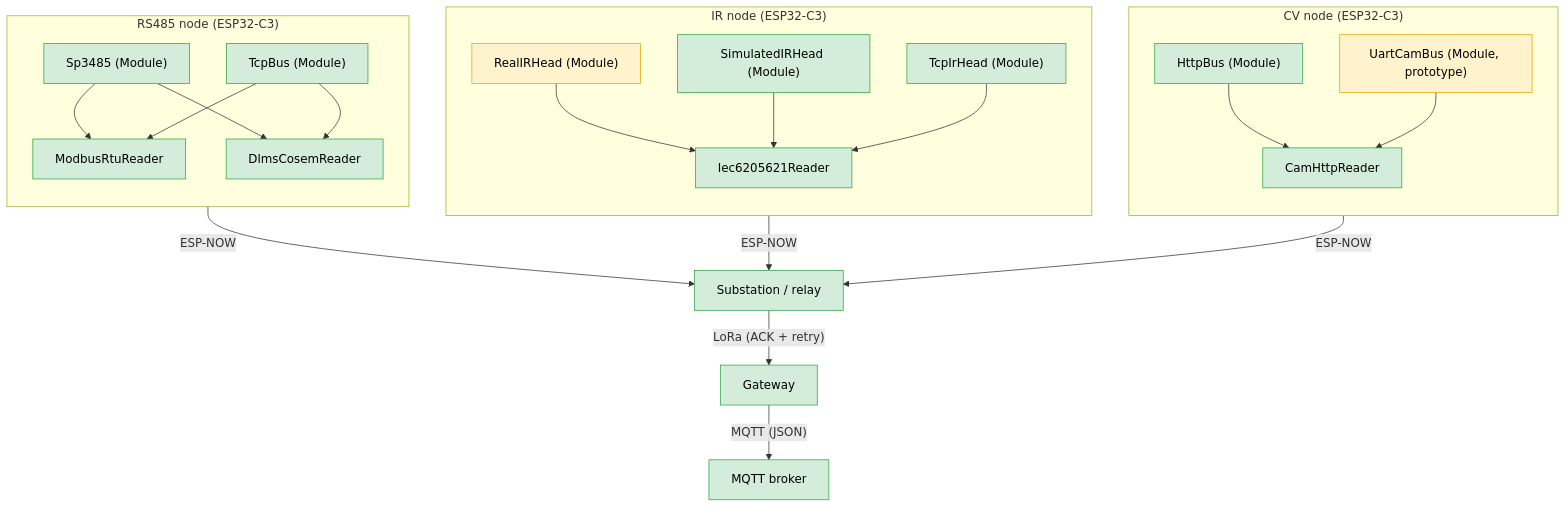
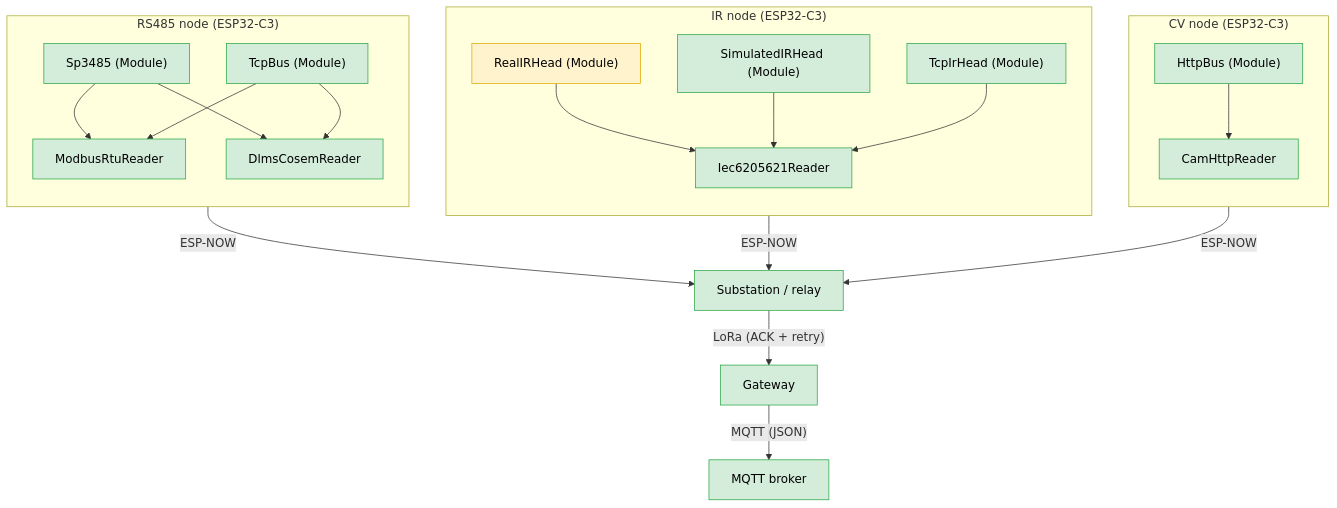
One commit to foucault-dynamics/IoT-Firmware changed the diagram in README.md. Above: the diagram before and after it, drawn with Mermaid. The commit also changed other lines of this file and 19 other files, not shown here.

First line of the commit message:
Refactor CV node to remove UART cam link support

````diff
--- a/README.md
+++ b/README.md
@@ -28,35 +28,34 @@
 ```mermaid
 flowchart TD
     subgraph rs485["RS485 node (ESP32-C3)"]
         direction TB
         A["Sp3485 (Module)"] --> R1["ModbusRtuReader"]
         B["TcpBus (Module)"] --> R1
         A --> R4["DlmsCosemReader"]
         B --> R4
     end
 
     subgraph ir["IR node (ESP32-C3)"]
         direction TB
         C["RealIRHead (Module)"] --> R2["Iec6205621Reader"]
         D["SimulatedIRHead (Module)"] --> R2
         T["TcpIrHead (Module)"] --> R2
     end
 
     subgraph cv["CV node (ESP32-C3)"]
         direction TB
         E["HttpBus (Module)"] --> R3["CamHttpReader"]
-        U["UartCamBus (Module, prototype)"] --> R3
     end
 
     rs485 -->|"ESP-NOW"| S["Substation / relay"]
     ir -->|"ESP-NOW"| S
     cv -->|"ESP-NOW"| S
     S -->|"LoRa (ACK + retry)"| G["Gateway"]
     G -->|"MQTT (JSON)"| M["MQTT broker"]
 
     classDef working fill:#d4edda,stroke:#28a745,color:#000
     classDef untested fill:#fff3cd,stroke:#e0a800,color:#000
 
     class A,B,R1,R4,D,T,R2,E,R3,S,G,M working
-    class C,U untested
+    class C untested
 ```
````
